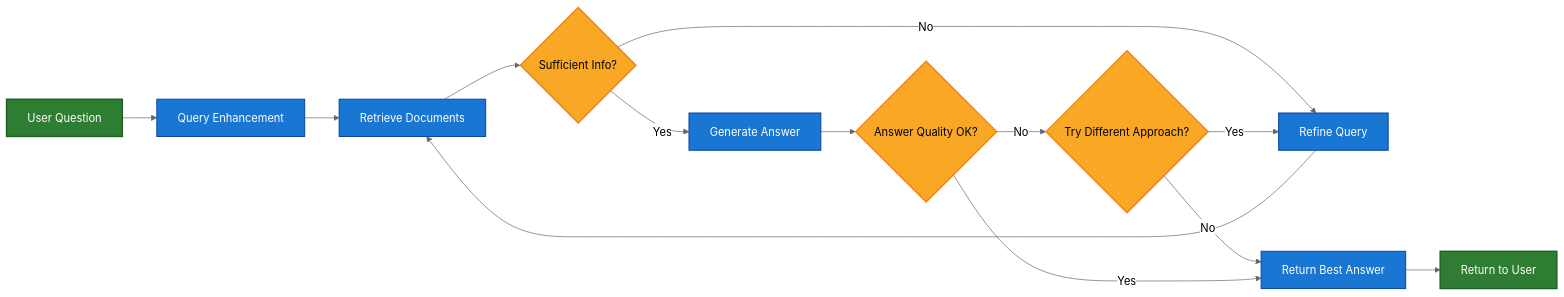
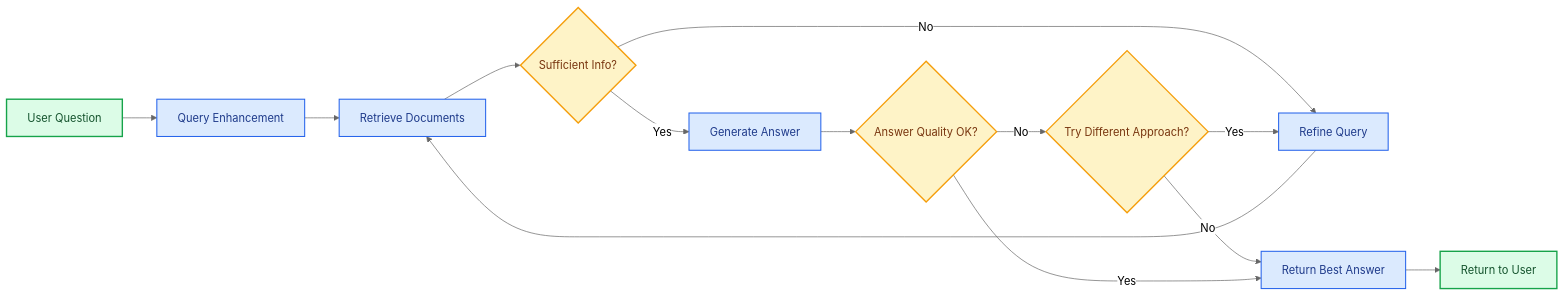
The fourth of 4 diagrams in oss/javascript/langchain/retrieval.mdx (kunfan96/cndocs-langchain), drawn with Mermaid (neutral theme) before and after one commit. The commit also changed other lines of this file and 2533 other files, not shown here.

````diff
--- a/oss/javascript/langchain/retrieval.mdx
+++ b/oss/javascript/langchain/retrieval.mdx
@@ -305,23 +305,23 @@
 ```mermaid
 graph LR
     A[User Question] --> B[Query Enhancement]
     B --> C[Retrieve Documents]
     C --> D{Sufficient Info?}
     D -- No --> E[Refine Query]
     E --> C
     D -- Yes --> F[Generate Answer]
     F --> G{Answer Quality OK?}
     G -- No --> H{Try Different Approach?}
     H -- Yes --> E
     H -- No --> I[Return Best Answer]
     G -- Yes --> I
     I --> J[Return to User]
 
-    classDef startend fill:#2e7d32,stroke:#1b5e20,stroke-width:2px,color:#fff
-    classDef decision fill:#f9a825,stroke:#f57f17,stroke-width:2px,color:#000
-    classDef process fill:#1976d2,stroke:#0d47a1,stroke-width:1.5px,color:#fff
+    classDef startend fill:#DCFCE7,stroke:#16A34A,stroke-width:2px,color:#14532D
+    classDef decision fill:#FEF3C7,stroke:#F59E0B,stroke-width:2px,color:#78350F
+    classDef process fill:#DBEAFE,stroke:#2563EB,stroke-width:1.5px,color:#1E3A8A
 
     class A,J startend
     class B,C,E,F,I process
     class D,G,H decision
 ```
````
